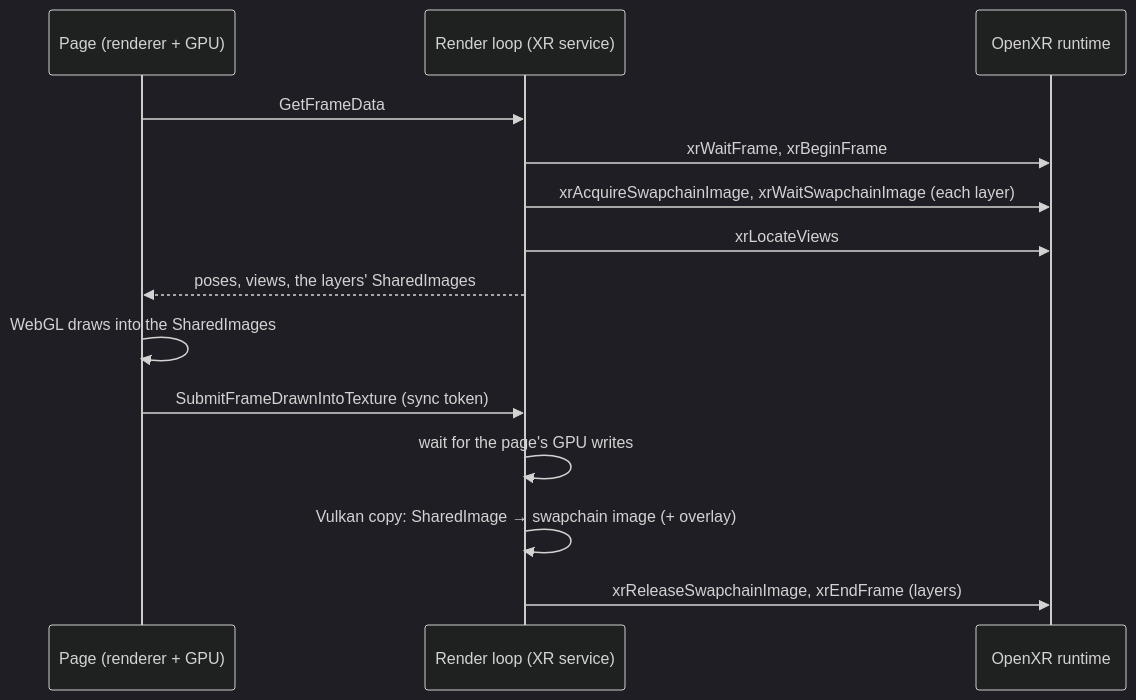
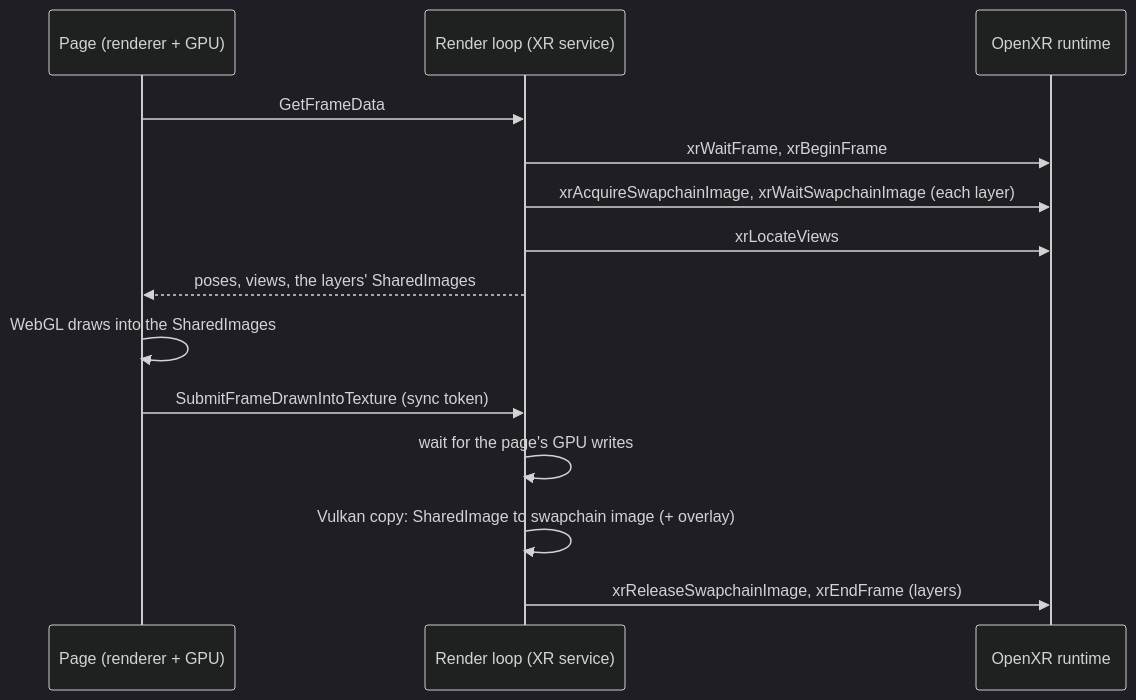
The third of 4 diagrams in README.md (utzcoz/chromium-webxr-linux), drawn with Mermaid (dark theme) before and after one commit. The commit also changed other lines of this file, not shown here.

First line of the commit message:
README: make the Mermaid diagrams render in older Mermaid versions

````diff
--- a/README.md
+++ b/README.md
@@ -174,17 +174,17 @@
 ```mermaid
 sequenceDiagram
     participant P as Page (renderer + GPU)
     participant L as Render loop (XR service)
     participant X as OpenXR runtime
 
     P->>L: GetFrameData
     L->>X: xrWaitFrame, xrBeginFrame
     L->>X: xrAcquireSwapchainImage, xrWaitSwapchainImage (each layer)
     L->>X: xrLocateViews
     L-->>P: poses, views, the layers' SharedImages
     P->>P: WebGL draws into the SharedImages
     P->>L: SubmitFrameDrawnIntoTexture (sync token)
     L->>L: wait for the page's GPU writes
-    L->>L: Vulkan copy: SharedImage → swapchain image (+ overlay)
+    L->>L: Vulkan copy: SharedImage to swapchain image (+ overlay)
     L->>X: xrReleaseSwapchainImage, xrEndFrame (layers)
 ```
````
